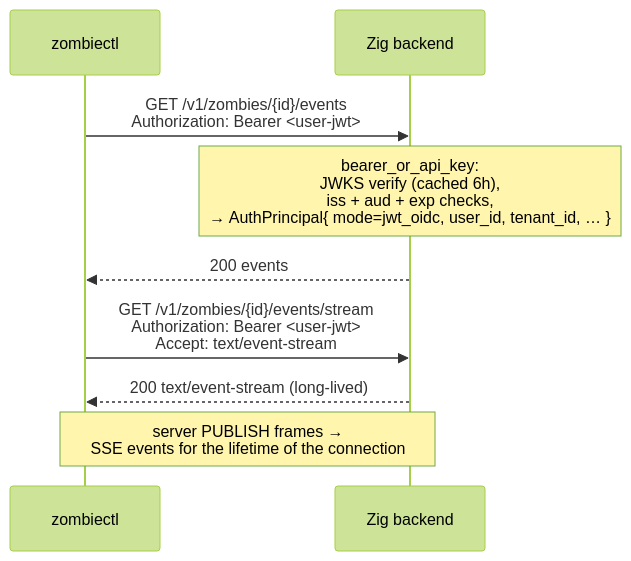
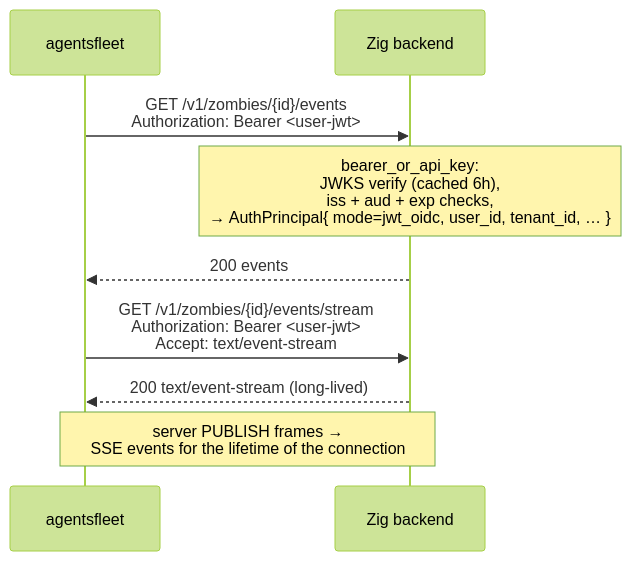
Before and after one commit to usezombie/usezombie: the second of 2 diagrams in docs/AUTH_DEVICE_LOGIN.md, drawn with Mermaid (forest theme). The commit also changed other lines of this file and 1026 other files, not shown here.

````diff
--- a/docs/AUTH_DEVICE_LOGIN.md
+++ b/docs/AUTH_DEVICE_LOGIN.md
@@ -269,13 +269,13 @@
 ```mermaid
 sequenceDiagram
-    participant CLI as zombiectl
+    participant CLI as agentsfleet
     participant API as Zig backend
 
     CLI->>API: GET /v1/zombies/{id}/events<br/>Authorization: Bearer <user-jwt>
     Note over API: bearer_or_api_key:<br/>JWKS verify (cached 6h),<br/>iss + aud + exp checks,<br/>→ AuthPrincipal{ mode=jwt_oidc, user_id, tenant_id, … }
     API-->>CLI: 200 events
 
     CLI->>API: GET /v1/zombies/{id}/events/stream<br/>Authorization: Bearer <user-jwt><br/>Accept: text/event-stream
     API-->>CLI: 200 text/event-stream (long-lived)
     Note over CLI,API: server PUBLISH frames →<br/>SSE events for the lifetime of the connection
 ```
````
